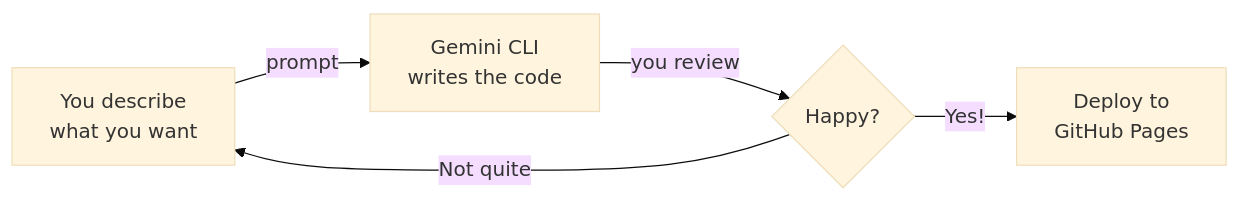
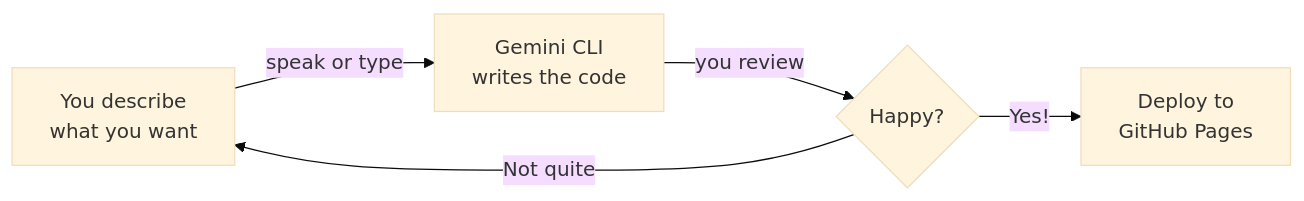
Before and after one commit to ChanMeng666/her-waka: the diagram in tutorial/personal-website/overview.mdx, drawn with Mermaid (base theme). The commit also changed other lines of this file and 38 other files, not shown here.

First line of the commit message:
feat: add voice-first Obsidian CLI tutorials and refactor all tutorials for Wispr Flow + Gemini CLI

````diff
--- a/tutorial/personal-website/overview.mdx
+++ b/tutorial/personal-website/overview.mdx
@@ -32,7 +32,7 @@
 ```mermaid
 flowchart LR
-    A["You describe\nwhat you want"] -->|"prompt"| B["Gemini CLI\nwrites the code"]
+    A["You describe\nwhat you want"] -->|"speak or type"| B["Gemini CLI\nwrites the code"]
     B -->|"you review"| C{"Happy?"}
     C -->|"Not quite"| A
     C -->|"Yes!"| D["Deploy to\nGitHub Pages"]
 ```
````
